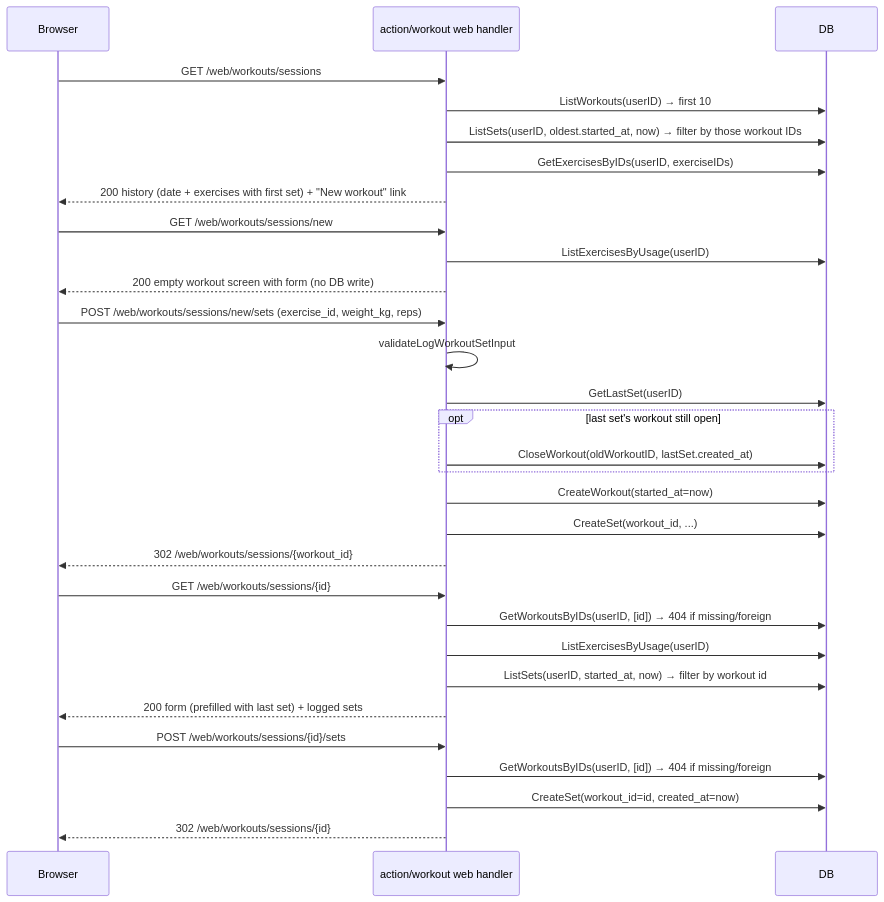
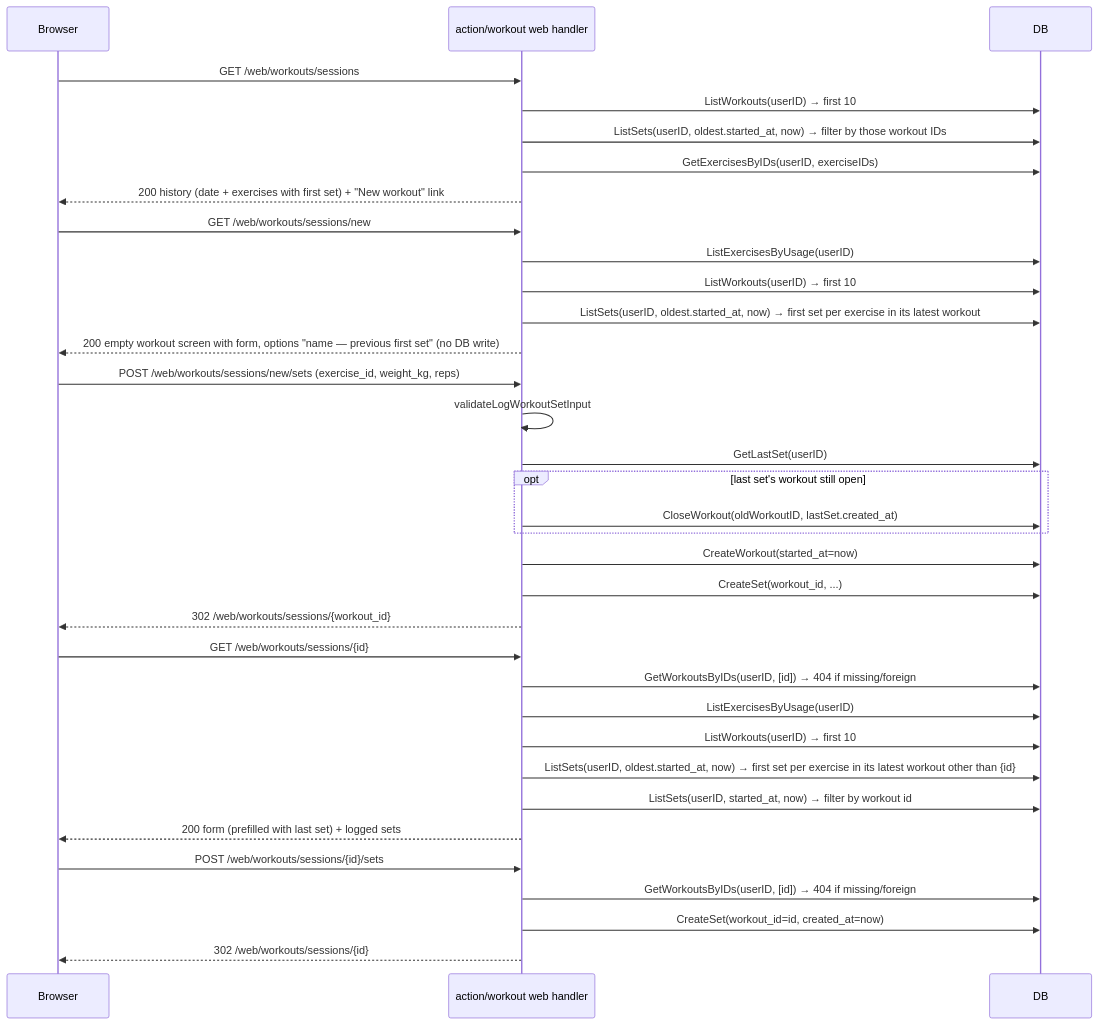
One commit to rusinikita/personal changed the seventh of 7 diagrams in docs/functions/workout-spec.md. Above: the diagram before and after it, drawn with Mermaid. The commit also changed other lines of this file and 6 other files, not shown here.

First line of the commit message:
feat(workout): show previous first set in selector and set history on exercise page

````diff
--- a/docs/functions/workout-spec.md
+++ b/docs/functions/workout-spec.md
@@ -225,37 +225,41 @@
 ```mermaid
 sequenceDiagram
     participant Browser
     participant Handler as action/workout web handler
     participant DB
 
     Browser->>Handler: GET /web/workouts/sessions
     Handler->>DB: ListWorkouts(userID) → first 10
     Handler->>DB: ListSets(userID, oldest.started_at, now) → filter by those workout IDs
     Handler->>DB: GetExercisesByIDs(userID, exerciseIDs)
     Handler-->>Browser: 200 history (date + exercises with first set) + "New workout" link
 
     Browser->>Handler: GET /web/workouts/sessions/new
     Handler->>DB: ListExercisesByUsage(userID)
-    Handler-->>Browser: 200 empty workout screen with form (no DB write)
+    Handler->>DB: ListWorkouts(userID) → first 10
+    Handler->>DB: ListSets(userID, oldest.started_at, now) → first set per exercise in its latest workout
+    Handler-->>Browser: 200 empty workout screen with form, options "name — previous first set" (no DB write)
 
     Browser->>Handler: POST /web/workouts/sessions/new/sets (exercise_id, weight_kg, reps)
     Handler->>Handler: validateLogWorkoutSetInput
     Handler->>DB: GetLastSet(userID)
     opt last set's workout still open
         Handler->>DB: CloseWorkout(oldWorkoutID, lastSet.created_at)
     end
     Handler->>DB: CreateWorkout(started_at=now)
     Handler->>DB: CreateSet(workout_id, ...)
     Handler-->>Browser: 302 /web/workouts/sessions/{workout_id}
 
     Browser->>Handler: GET /web/workouts/sessions/{id}
     Handler->>DB: GetWorkoutsByIDs(userID, [id]) → 404 if missing/foreign
     Handler->>DB: ListExercisesByUsage(userID)
+    Handler->>DB: ListWorkouts(userID) → first 10
+    Handler->>DB: ListSets(userID, oldest.started_at, now) → first set per exercise in its latest workout other than {id}
     Handler->>DB: ListSets(userID, started_at, now) → filter by workout id
     Handler-->>Browser: 200 form (prefilled with last set) + logged sets
 
     Browser->>Handler: POST /web/workouts/sessions/{id}/sets
     Handler->>DB: GetWorkoutsByIDs(userID, [id]) → 404 if missing/foreign
     Handler->>DB: CreateSet(workout_id=id, created_at=now)
     Handler-->>Browser: 302 /web/workouts/sessions/{id}
 ```
````
